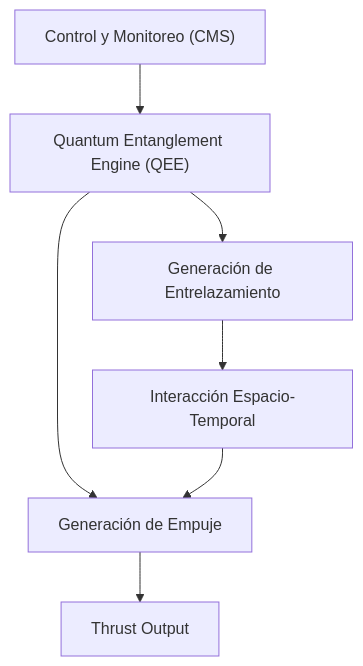
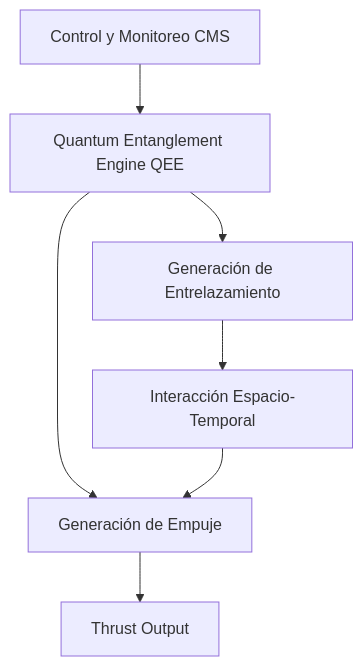
Before and after one commit to Robbbo-T/Ampel360XWLRGA: diagram 13 of 28 in FTC-71-00 QPS.md, drawn with Mermaid. The commit also changed other lines of this file, not shown here.

````diff
--- a/FTC-71-00 QPS.md
+++ b/FTC-71-00 QPS.md
@@ -1628,9 +1628,9 @@
 ```mermaid
 flowchart TD
-    A["Control y Monitoreo (CMS)"] --> B["Quantum Entanglement Engine (QEE)"]
+    A["Control y Monitoreo CMS"] --> B["Quantum Entanglement Engine QEE"]
     B --> C["Generación de Empuje"]
     C --> D["Thrust Output"]
     B --> E["Generación de Entrelazamiento"]
     E --> F["Interacción Espacio-Temporal"]
     F --> C
 ```
````
